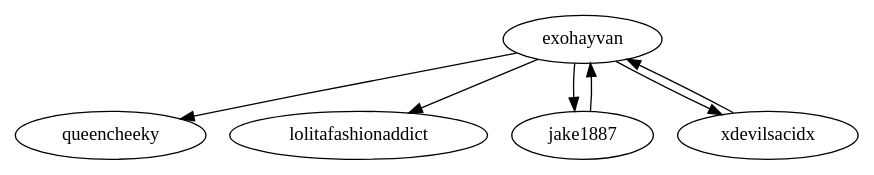
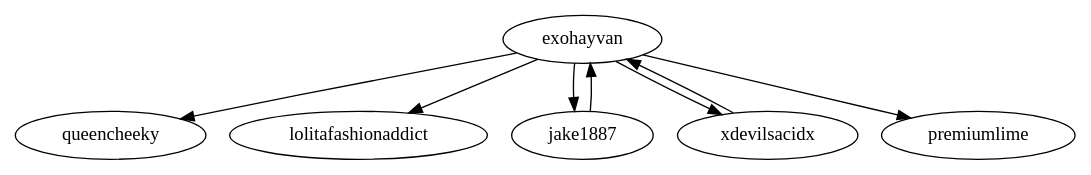
One commit to Exohayvan/atsuko changed the diagram in family_tree_exohayvan.gv. Above: the diagram before and after it, drawn with Graphviz. The commit also changed 9 other files, not shown here.

```diff
--- a/family_tree_exohayvan.gv
+++ b/family_tree_exohayvan.gv
@@ -1,9 +1,10 @@
 // Family Tree
 digraph {
 	exohayvan -> queencheeky
 	exohayvan -> lolitafashionaddict
 	exohayvan -> jake1887
 	exohayvan -> xdevilsacidx
 	jake1887 -> exohayvan
 	xdevilsacidx -> exohayvan
+	exohayvan -> premiumlime
 }
```
